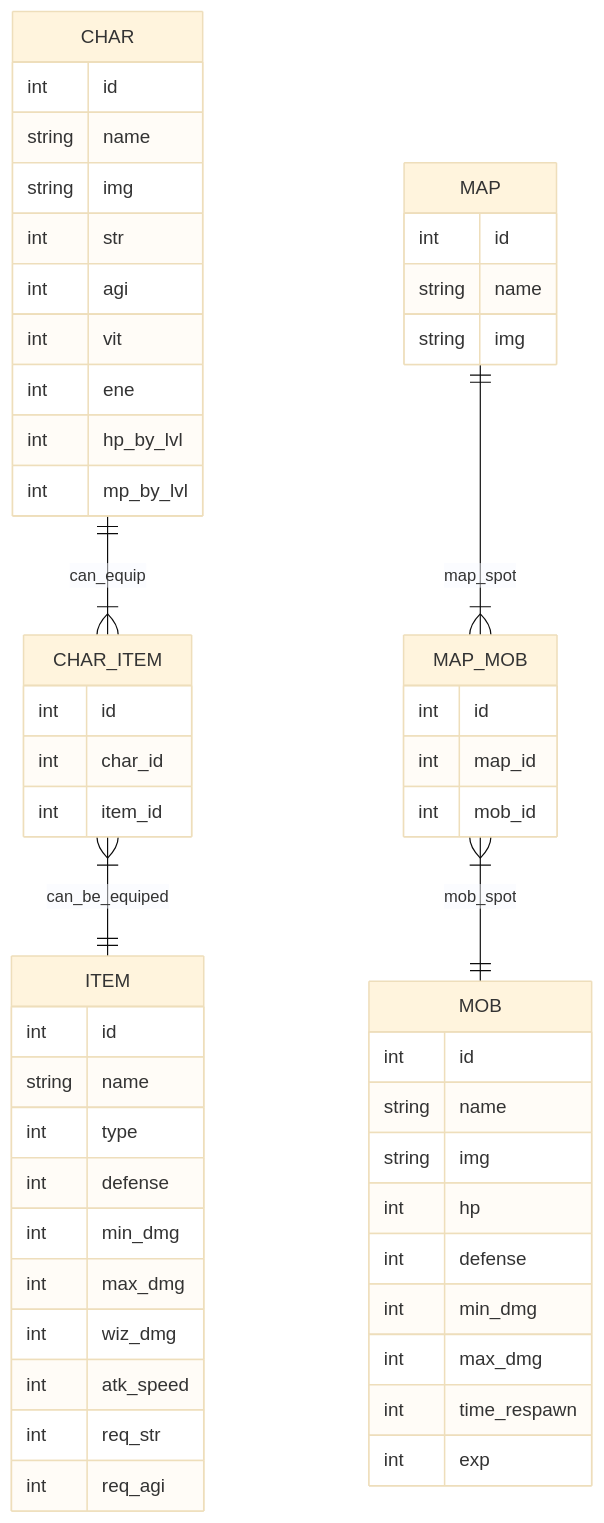
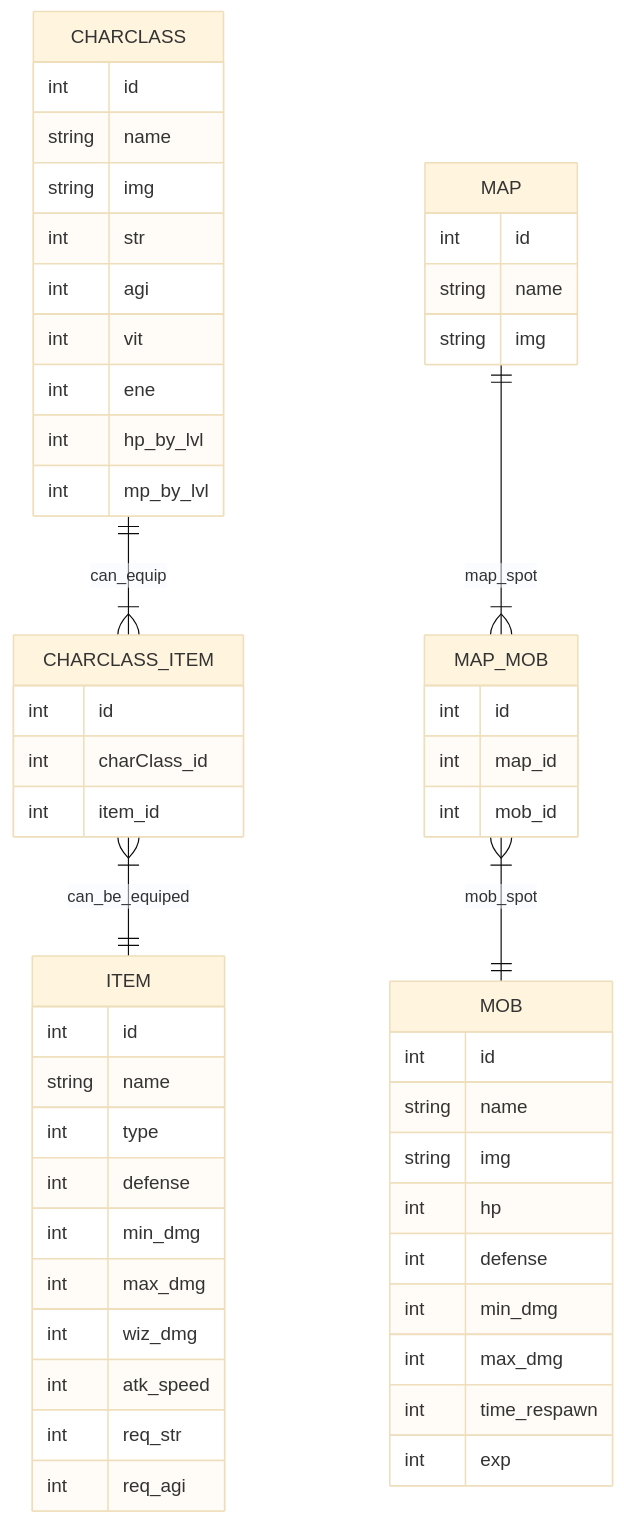
The first of 2 diagrams in README.md (jomarcardoso/lost-mu-game), drawn with Mermaid (base theme) before and after one commit. The commit also changed other lines of this file and 12 other files, not shown here.

````diff
--- a/README.md
+++ b/README.md
@@ -9,61 +9,61 @@
 ```mermaid
 erDiagram
-  CHAR ||--|{ CHAR_ITEM : can_equip
-  CHAR {
+  CHARCLASS ||--|{ CHARCLASS_ITEM : can_equip
+  CHARCLASS {
     int id
     string name
     string img
     int str
     int agi
     int vit
     int ene
     int hp_by_lvl
     int mp_by_lvl
   }
 
-  CHAR_ITEM }|--|| ITEM : can_be_equiped
-  CHAR_ITEM {
+  CHARCLASS_ITEM }|--|| ITEM : can_be_equiped
+  CHARCLASS_ITEM {
     int id
-    int char_id
+    int charClass_id
     int item_id
   }
 
   ITEM {
     int id
     string name
     int type
     int defense
     int min_dmg
     int max_dmg
     int wiz_dmg
     int atk_speed
     int req_str
     int req_agi
   }
 
   MAP ||--|{ MAP_MOB : map_spot
   MAP {
     int id
     string name
     string img
   }
 
   MAP_MOB }|--|| MOB : mob_spot
   MAP_MOB {
     int id
     int map_id
     int mob_id
   }
 
   MOB {
     int id
     string name
     string img
     int hp
     int defense
     int min_dmg
     int max_dmg
     int time_respawn
     int exp
   }
 ```
````
